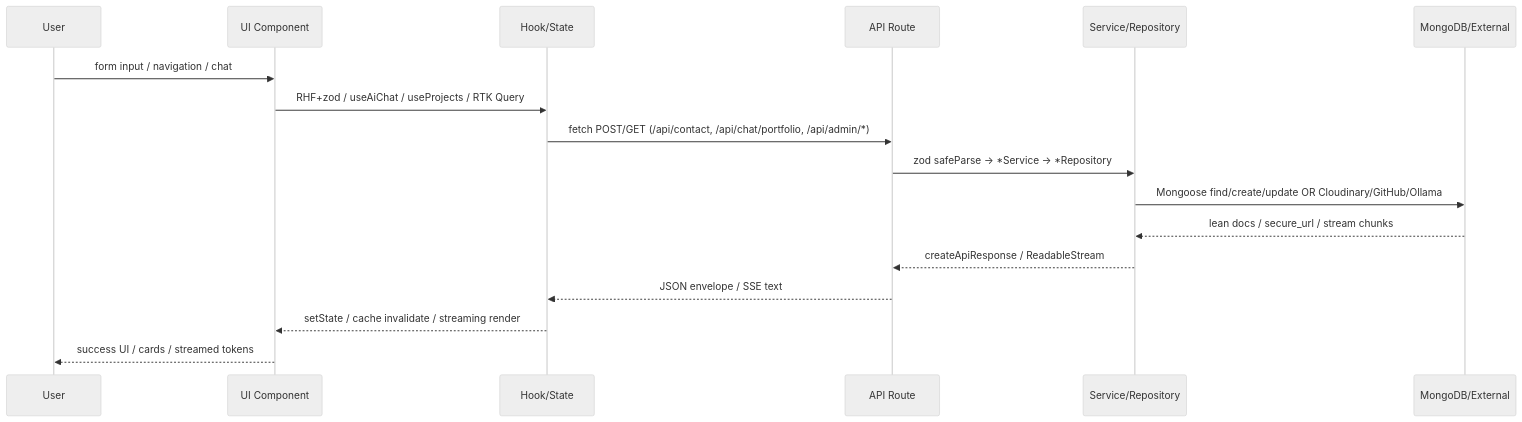
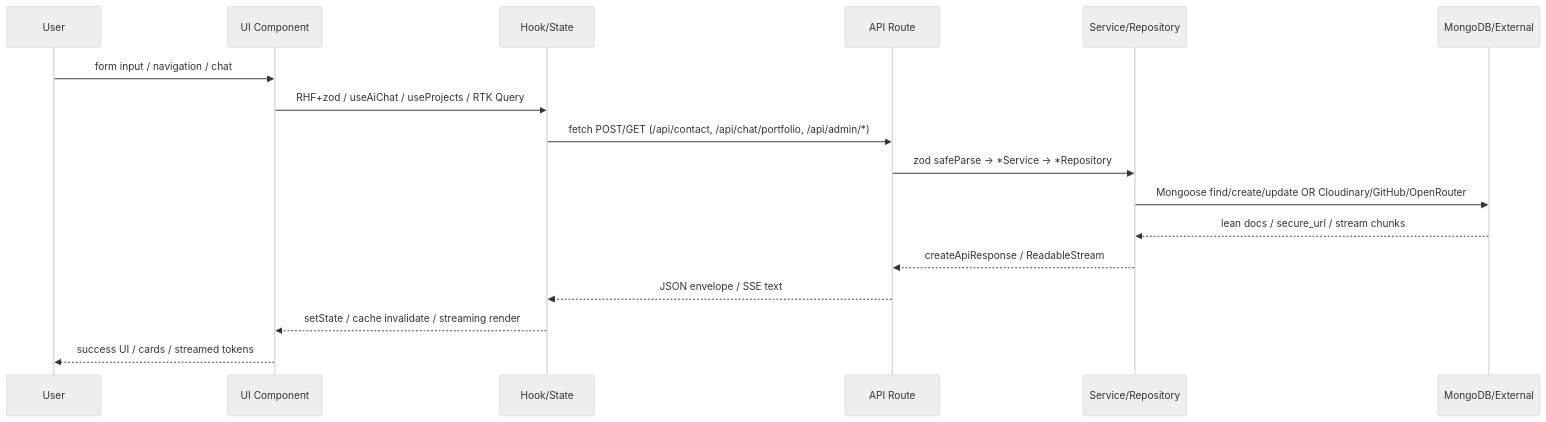
One commit to Soruj24/complete-ai-portfolio changed the second of 5 diagrams in README.md. Above: the diagram before and after it, drawn with Mermaid (neutral theme). The commit also changed other lines of this file and 17 other files, not shown here.

First line of the commit message:
feat: migrate from Ollama to OpenRouter for AI functionalities

````diff
--- a/README.md
+++ b/README.md
@@ -104,19 +104,19 @@
 ```mermaid
 sequenceDiagram
   participant U as User
   participant UI as UI Component
   participant H as Hook/State
   participant A as API Route
   participant S as Service/Repository
   participant DB as MongoDB/External
   U->>UI: form input / navigation / chat
   UI->>H: RHF+zod / useAiChat / useProjects / RTK Query
   H->>A: fetch POST/GET (/api/contact, /api/chat/portfolio, /api/admin/*)
   A->>S: zod safeParse → *Service → *Repository
-  S->>DB: Mongoose find/create/update OR Cloudinary/GitHub/Ollama
+  S->>DB: Mongoose find/create/update OR Cloudinary/GitHub/OpenRouter
   DB-->>S: lean docs / secure_url / stream chunks
   S-->>A: createApiResponse / ReadableStream
   A-->>H: JSON envelope / SSE text
   H-->>UI: setState / cache invalidate / streaming render
   UI-->>U: success UI / cards / streamed tokens
 ```
````
